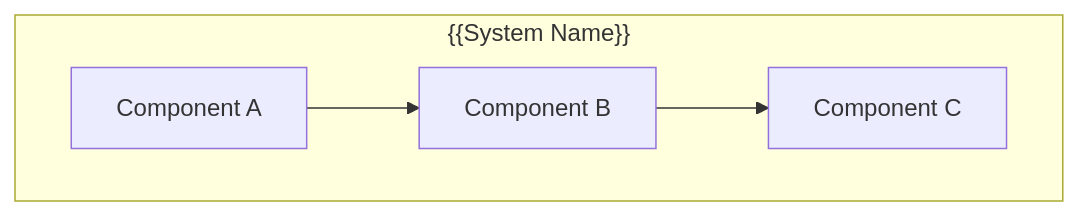
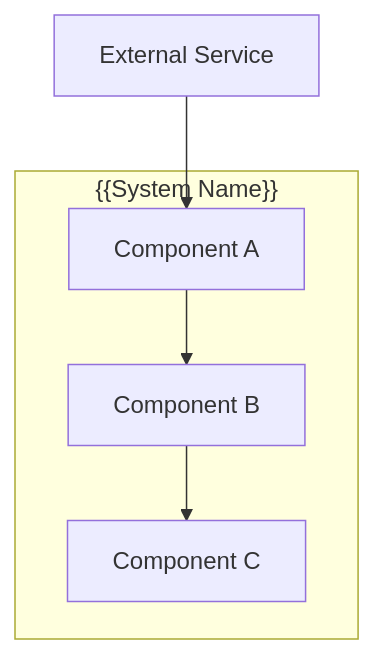
The first of 2 diagrams in templates/design.md (tzachbon/ralph-specum), drawn with Mermaid before and after one commit. The commit also changed other lines of this file and 13 other files, not shown here.

````diff
--- a/templates/design.md
+++ b/templates/design.md
@@ -11,7 +11,8 @@
 ```mermaid
-graph TD
-    subgraph "{{System Name}}"
+graph TB
+    subgraph System["{{System Name}}"]
         A[Component A] --> B[Component B]
         B --> C[Component C]
     end
+    External[External Service] --> A
 ```
````
